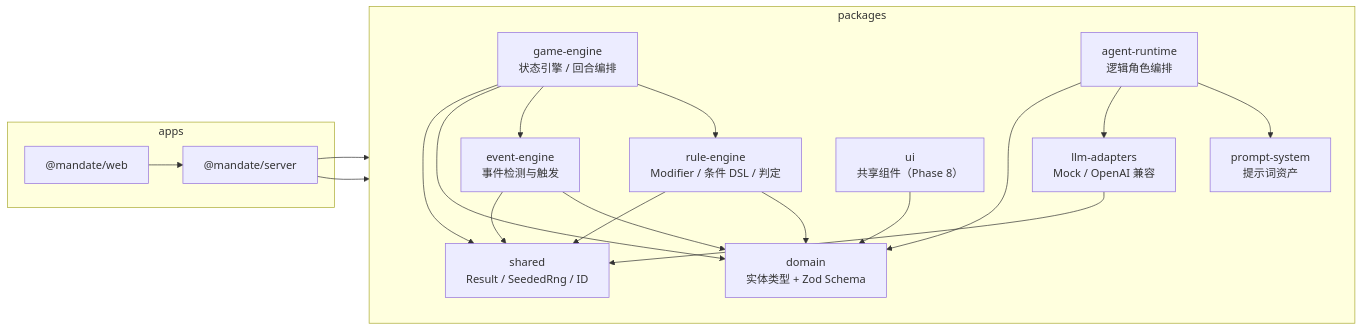
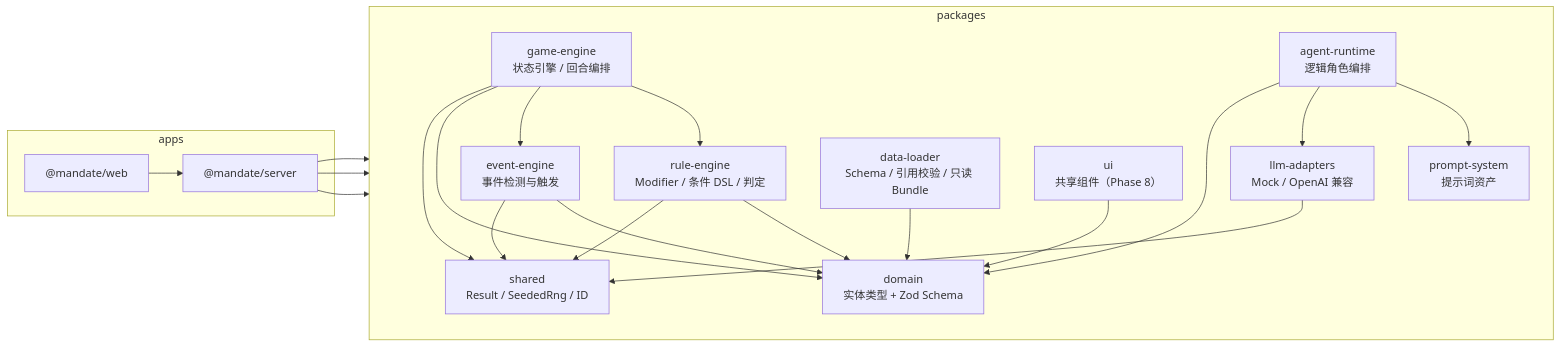
The second of 10 diagrams in docs/02-system-architecture.md (Zxcv775/mandate-engine), drawn with Mermaid before and after one commit. The commit also changed other lines of this file and 219 other files, not shown here.

````diff
--- a/docs/02-system-architecture.md
+++ b/docs/02-system-architecture.md
@@ -55,29 +56,32 @@
 ```mermaid
 flowchart LR
     subgraph apps
         web["@mandate/web"]
         srv["@mandate/server"]
     end
 
     subgraph packages
         direction TB
         dom["domain<br/>实体类型 + Zod Schema"]
         shd["shared<br/>Result / SeededRng / ID"]
         ge["game-engine<br/>状态引擎 / 回合编排"]
         ru["rule-engine<br/>Modifier / 条件 DSL / 判定"]
         ev["event-engine<br/>事件检测与触发"]
         ar["agent-runtime<br/>逻辑角色编排"]
         pr["prompt-system<br/>提示词资产"]
         la["llm-adapters<br/>Mock / OpenAI 兼容"]
+        dl["data-loader<br/>Schema / 引用校验 / 只读 Bundle"]
         ui["ui<br/>共享组件（Phase 8）"]
     end
 
     web --> srv
     srv --> ge & ar
+    srv --> dl
     ge --> ru & ev & dom & shd
     ar --> pr & la & dom
     ru --> dom & shd
     ev --> dom & shd
     la --> shd
+    dl --> dom
     ui --> dom
 ```
````
